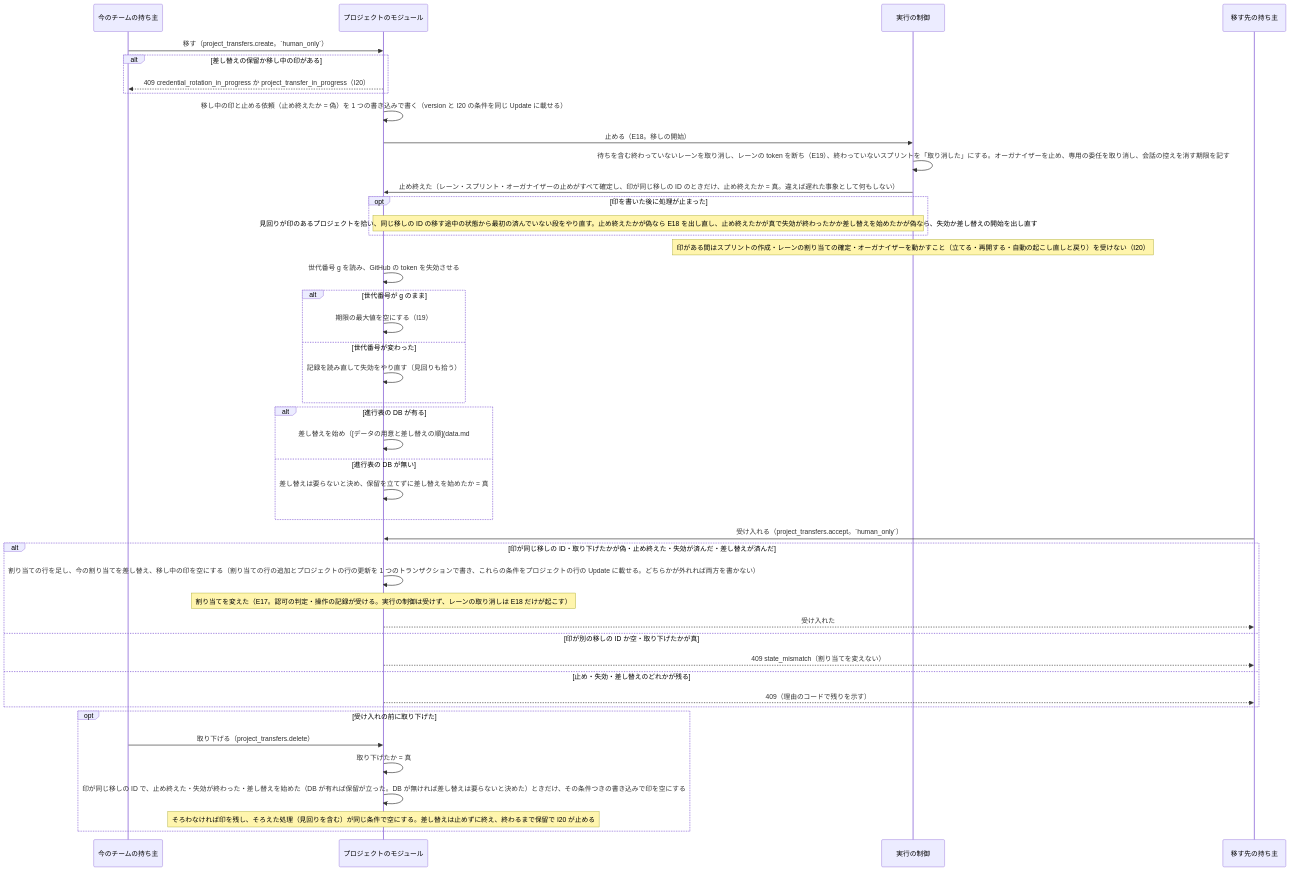
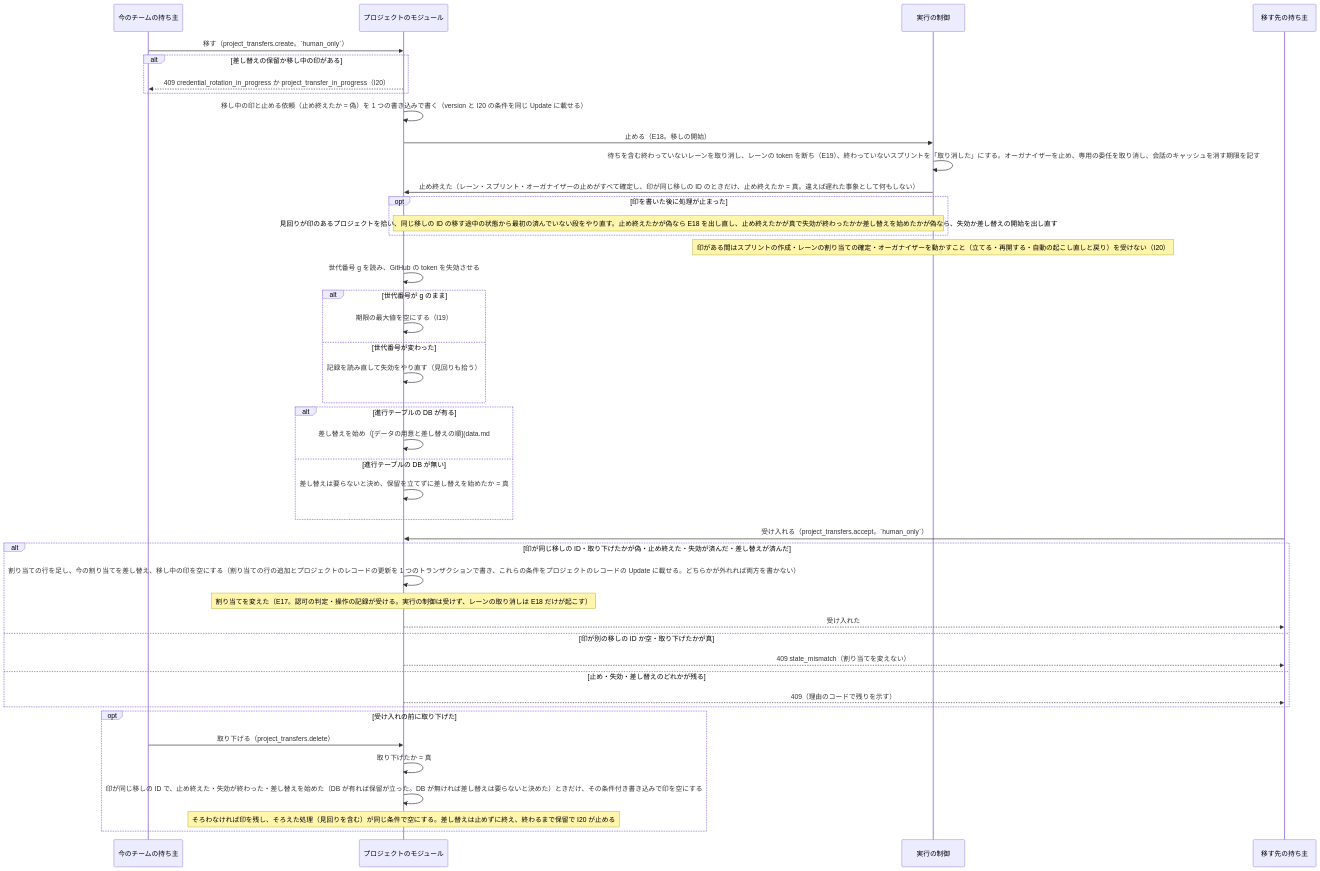
One commit to devbasex/nd-factory changed the diagram in docs/design/overview.md. Above: the diagram before and after it, drawn with Mermaid. The commit also changed other lines of this file and 22 other files, not shown here.

````diff
--- a/docs/design/overview.md
+++ b/docs/design/overview.md
@@ -269,46 +269,46 @@
 ```mermaid
 sequenceDiagram
     participant O as 今のチームの持ち主
     participant P as プロジェクトのモジュール
     participant X as 実行の制御
     participant T as 移す先の持ち主
     O->>P: 移す（project_transfers.create。`human_only`）
     alt 差し替えの保留か移し中の印がある
         P-->>O: 409 credential_rotation_in_progress か project_transfer_in_progress（I20）
     end
     P->>P: 移し中の印と止める依頼（止め終えたか = 偽）を 1 つの書き込みで書く（version と I20 の条件を同じ Update に載せる）
     P->>X: 止める（E18。移しの開始）
-    X->>X: 待ちを含む終わっていないレーンを取り消し、レーンの token を断ち（E19）、終わっていないスプリントを「取り消した」にする。オーガナイザーを止め、専用の委任を取り消し、会話の控えを消す期限を記す
+    X->>X: 待ちを含む終わっていないレーンを取り消し、レーンの token を断ち（E19）、終わっていないスプリントを「取り消した」にする。オーガナイザーを止め、専用の委任を取り消し、会話のキャッシュを消す期限を記す
     X->>P: 止め終えた（レーン・スプリント・オーガナイザーの止めがすべて確定し、印が同じ移しの ID のときだけ、止め終えたか = 真。違えば遅れた事象として何もしない）
     opt 印を書いた後に処理が止まった
         Note over P,X: 見回りが印のあるプロジェクトを拾い、同じ移しの ID の移す途中の状態から最初の済んでいない段をやり直す。止め終えたかが偽なら E18 を出し直し、止め終えたかが真で失効が終わったかか差し替えを始めたかが偽なら、失効か差し替えの開始を出し直す
     end
     Note over X: 印がある間はスプリントの作成・レーンの割り当ての確定・オーガナイザーを動かすこと（立てる・再開する・自動の起こし直しと戻り）を受けない（I20）
     P->>P: 世代番号 g を読み、GitHub の token を失効させる
     alt 世代番号が g のまま
         P->>P: 期限の最大値を空にする（I19）
     else 世代番号が変わった
         P->>P: 記録を読み直して失効をやり直す（見回りも拾う）
     end
-    alt 進行表の DB が有る
+    alt 進行テーブルの DB が有る
         P->>P: 差し替えを始め（[データの用意と差し替えの順](data.md#用意と差し替えの順)。保留を立てる）、同じ書き込みで差し替えを始めたか = 真
-    else 進行表の DB が無い
+    else 進行テーブルの DB が無い
         P->>P: 差し替えは要らないと決め、保留を立てずに差し替えを始めたか = 真
     end
     T->>P: 受け入れる（project_transfers.accept。`human_only`）
     alt 印が同じ移しの ID・取り下げたかが偽・止め終えた・失効が済んだ・差し替えが済んだ
-        P->>P: 割り当ての行を足し、今の割り当てを差し替え、移し中の印を空にする（割り当ての行の追加とプロジェクトの行の更新を 1 つのトランザクションで書き、これらの条件をプロジェクトの行の Update に載せる。どちらかが外れれば両方を書かない）
+        P->>P: 割り当ての行を足し、今の割り当てを差し替え、移し中の印を空にする（割り当ての行の追加とプロジェクトのレコードの更新を 1 つのトランザクションで書き、これらの条件をプロジェクトのレコードの Update に載せる。どちらかが外れれば両方を書かない）
         Note over P: 割り当てを変えた（E17。認可の判定・操作の記録が受ける。実行の制御は受けず、レーンの取り消しは E18 だけが起こす）
         P-->>T: 受け入れた
     else 印が別の移しの ID か空・取り下げたかが真
         P-->>T: 409 state_mismatch（割り当てを変えない）
     else 止め・失効・差し替えのどれかが残る
         P-->>T: 409（理由のコードで残りを示す）
     end
     opt 受け入れの前に取り下げた
         O->>P: 取り下げる（project_transfers.delete）
         P->>P: 取り下げたか = 真
-        P->>P: 印が同じ移しの ID で、止め終えた・失効が終わった・差し替えを始めた（DB が有れば保留が立った。DB が無ければ差し替えは要らないと決めた）ときだけ、その条件つきの書き込みで印を空にする
+        P->>P: 印が同じ移しの ID で、止め終えた・失効が終わった・差し替えを始めた（DB が有れば保留が立った。DB が無ければ差し替えは要らないと決めた）ときだけ、その条件付き書き込みで印を空にする
         Note over P: そろわなければ印を残し、そろえた処理（見回りを含む）が同じ条件で空にする。差し替えは止めずに終え、終わるまで保留で I20 が止める
     end
 ```
````
